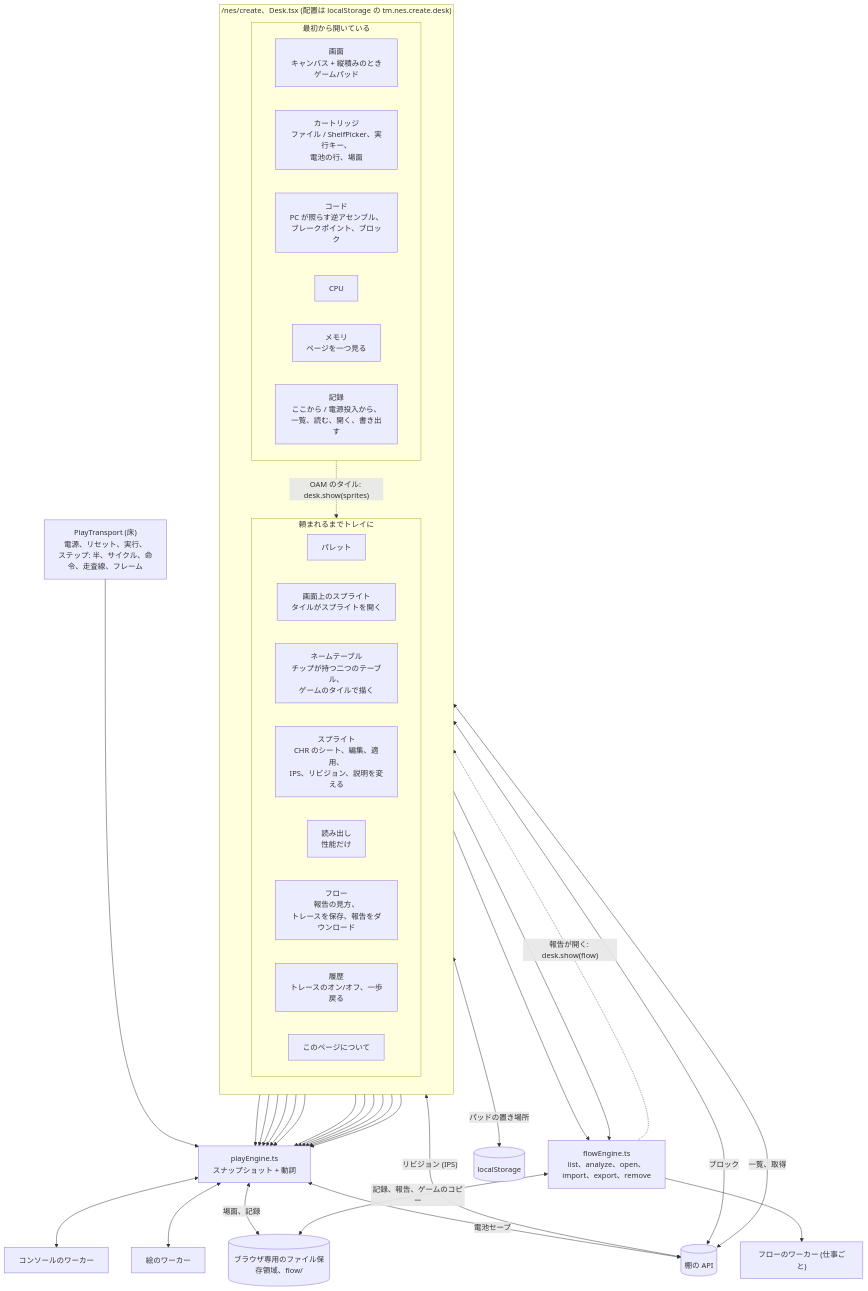
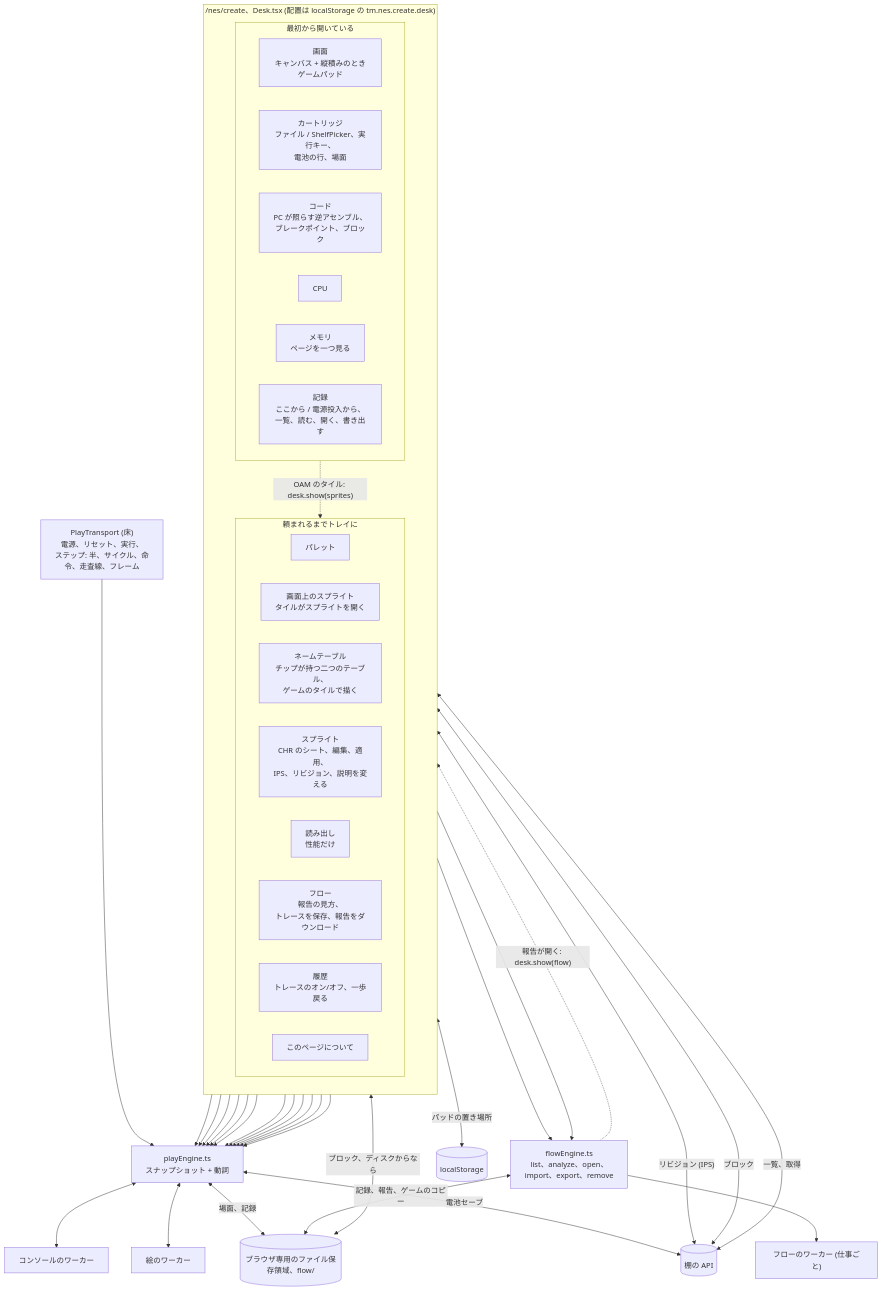
One commit to tinymachines/public changed the second of 6 diagrams in docs/ja/nes/workbench.md. Above: the diagram before and after it, drawn with Mermaid. The commit also changed other lines of this file and 10 other files, not shown here.

````diff
--- a/docs/ja/nes/workbench.md
+++ b/docs/ja/nes/workbench.md
@@ -164,57 +165,58 @@
 ```mermaid
 %% 作る机: 十四のウィンドウ、最初から開いている六つとトレイにいる八つ、そして床の操作帯。すべてが一つのエンジンを読む。その隣にフローエンジン、下に三つのワーカー、そして物が残る三つの場所。
 flowchart TB
   subgraph desk["/nes/create、Desk.tsx (配置は localStorage の tm.nes.create.desk)"]
     direction TB
     subgraph start["最初から開いている"]
       direction LR
       screen["画面<br/>キャンバス + 縦積みのときゲームパッド"]
       cart["カートリッジ<br/>ファイル / ShelfPicker、実行キー、<br/>電池の行、場面"]
       code["コード<br/>PC が照らす逆アセンブル、<br/>ブレークポイント、ブロック"]
       cpu["CPU"]
       mem["メモリ<br/>ページを一つ見る"]
       rec["記録<br/>ここから / 電源投入から、<br/>一覧、読む、開く、書き出す"]
     end
     subgraph tray["頼まれるまでトレイに"]
       direction LR
       pal["パレット"]
       oam["画面上のスプライト<br/>タイルがスプライトを開く"]
       nt["ネームテーブル<br/>チップが持つ二つのテーブル、<br/>ゲームのタイルで描く"]
       spr["スプライト<br/>CHR のシート、編集、適用、<br/>IPS、リビジョン、説明を変える"]
       read["読み出し<br/>性能だけ"]
       flow["フロー<br/>報告の見方、<br/>トレースを保存、報告をダウンロード"]
       hist["履歴<br/>トレースのオン/オフ、一歩戻る"]
       about["このページについて"]
     end
   end
 
   transport["PlayTransport (床)<br/>電源、リセット、実行、<br/>ステップ: 半、サイクル、命令、走査線、フレーム"]
 
   engine["playEngine.ts<br/>スナップショット + 動詞"]
   fe["flowEngine.ts<br/>list、analyze、open、<br/>import、export、remove"]
 
   screen & cart & code & cpu & mem & pal & oam & nt & spr & read & hist & transport --> engine
   rec --> engine
   rec --> fe
   flow --> fe
   mem -.->|"OAM のタイル: desk.show(sprites)"| spr
   fe -.->|"報告が開く: desk.show(flow)"| flow
 
   cw["コンソールのワーカー"]
   pw["絵のワーカー"]
   fw["フローのワーカー (仕事ごと)"]
   engine <--> cw
   engine <--> pw
   fe --> fw
 
   opfs[("ブラウザ専用のファイル保存領域、flow/")]
   shelf[("棚の API")]
   ls[("localStorage")]
   engine <-->|"場面、記録"| opfs
+  code <-->|"ブロック、ディスクからなら"| opfs
   fe <-->|"記録、報告、ゲームのコピー"| opfs
   engine <-->|"電池セーブ"| shelf
   spr <-->|"リビジョン (IPS)"| shelf
   code <-->|"ブロック"| shelf
   cart <-->|"一覧、取得"| shelf
   screen <-->|"パッドの置き場所"| ls
 ```
````
